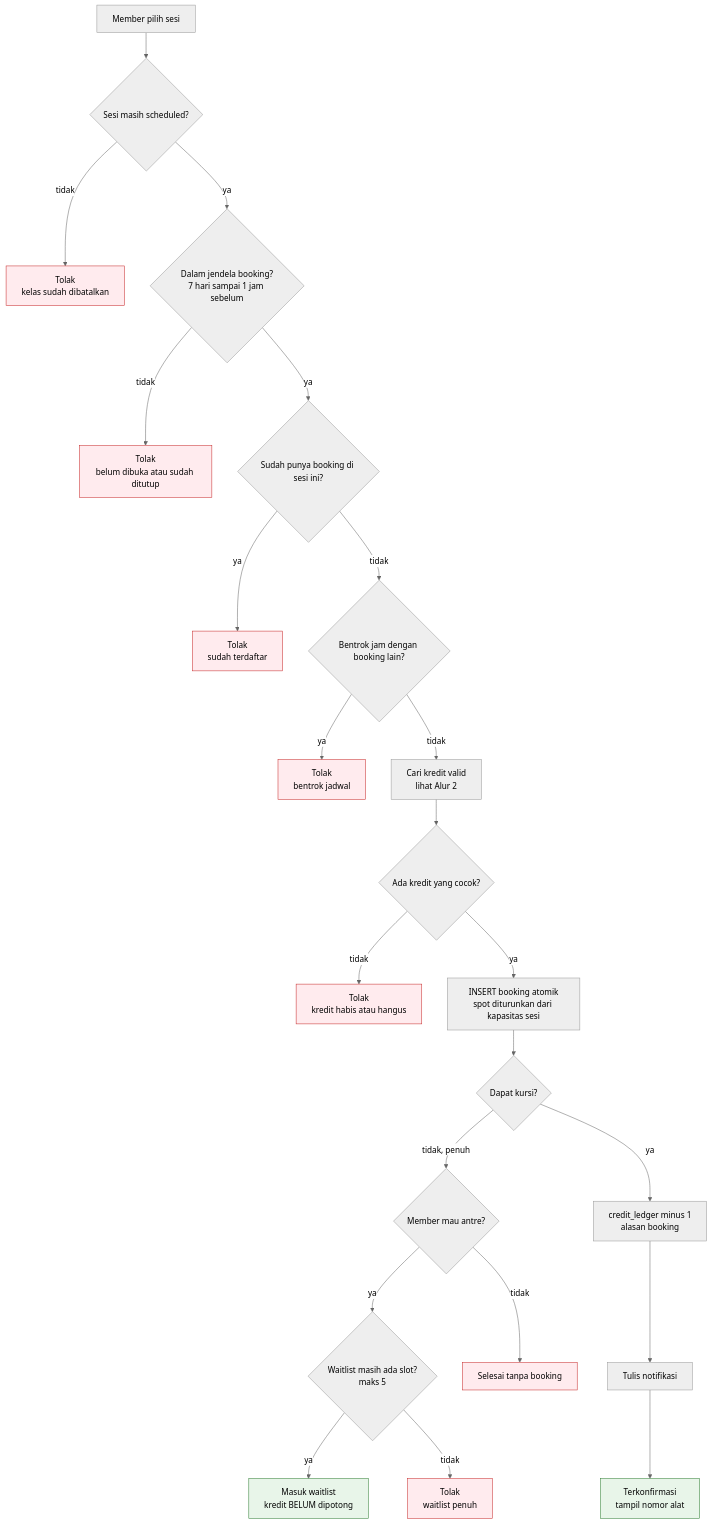
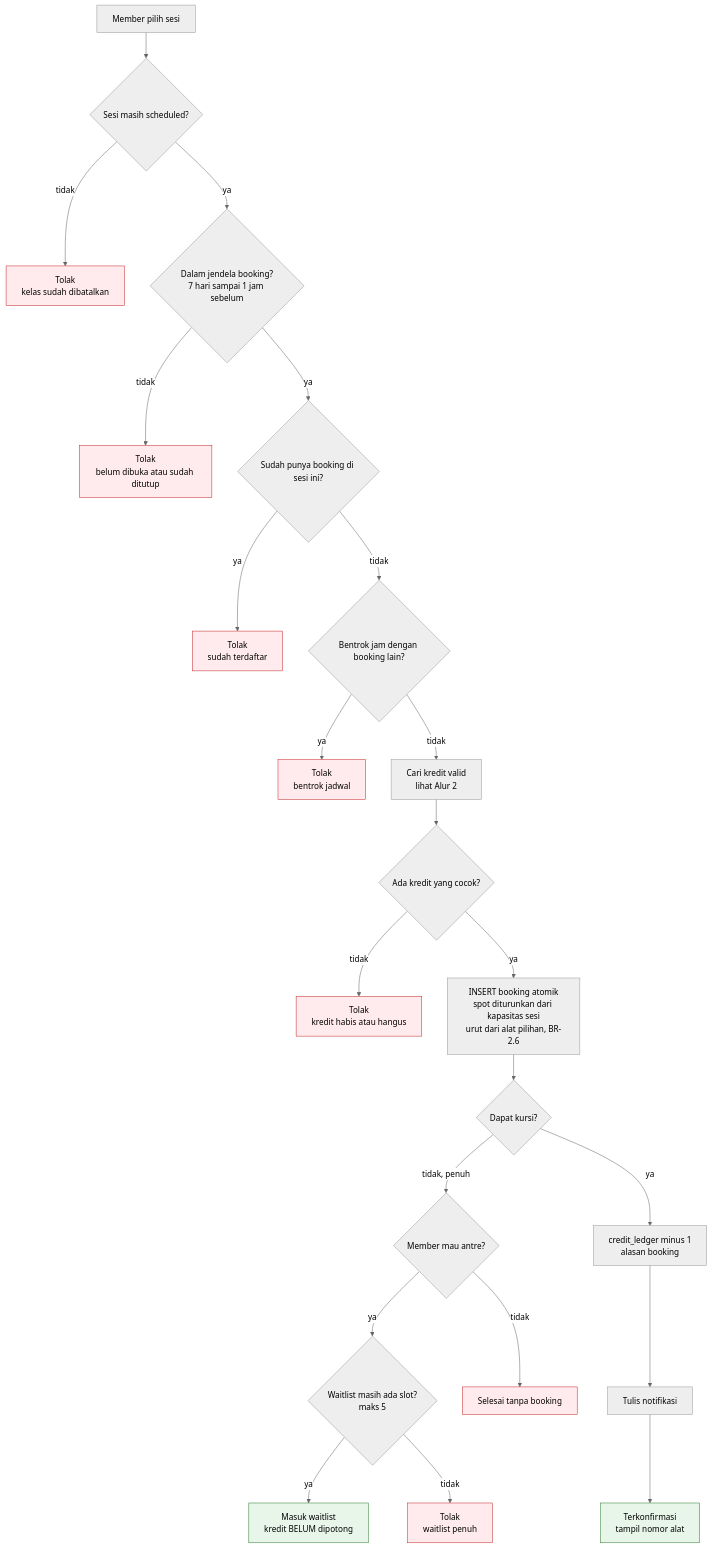
The second of 12 diagrams in docs/04-flows.md (arikmhm/pilates-booking-system), drawn with Mermaid (neutral theme) before and after one commit. The commit also changed 10 other files, not shown here.

````diff
--- a/docs/04-flows.md
+++ b/docs/04-flows.md
@@ -37,27 +37,27 @@
 ```mermaid
 flowchart TD
     A["Member pilih sesi"] --> B{"Sesi masih scheduled?"}
     B -->|tidak| X1["Tolak<br/>kelas sudah dibatalkan"]:::tolak
     B -->|ya| C{"Dalam jendela booking?<br/>7 hari sampai 1 jam sebelum"}
     C -->|tidak| X2["Tolak<br/>belum dibuka atau sudah ditutup"]:::tolak
     C -->|ya| D{"Sudah punya booking di sesi ini?"}
     D -->|ya| X3["Tolak<br/>sudah terdaftar"]:::tolak
     D -->|tidak| E{"Bentrok jam dengan booking lain?"}
     E -->|ya| X4["Tolak<br/>bentrok jadwal"]:::tolak
     E -->|tidak| F["Cari kredit valid<br/>lihat Alur 2"]
     F --> G{"Ada kredit yang cocok?"}
     G -->|tidak| X5["Tolak<br/>kredit habis atau hangus"]:::tolak
-    G -->|ya| H["INSERT booking atomik<br/>spot diturunkan dari kapasitas sesi"]
+    G -->|ya| H["INSERT booking atomik<br/>spot diturunkan dari kapasitas sesi<br/>urut dari alat pilihan, BR-2.6"]
     H --> I{"Dapat kursi?"}
     I -->|tidak, penuh| J{"Member mau antre?"}
     I -->|ya| K["credit_ledger minus 1<br/>alasan booking"]
     K --> L["Tulis notifikasi"]
     L --> M["Terkonfirmasi<br/>tampil nomor alat"]:::sukses
     J -->|ya| N{"Waitlist masih ada slot?<br/>maks 5"}
     J -->|tidak| P["Selesai tanpa booking"]:::tolak
     N -->|ya| O["Masuk waitlist<br/>kredit BELUM dipotong"]:::sukses
     N -->|tidak| X6["Tolak<br/>waitlist penuh"]:::tolak
 
     classDef tolak fill:#ffebee,stroke:#c62828
     classDef sukses fill:#e8f5e9,stroke:#2e7d32
 ```
````
